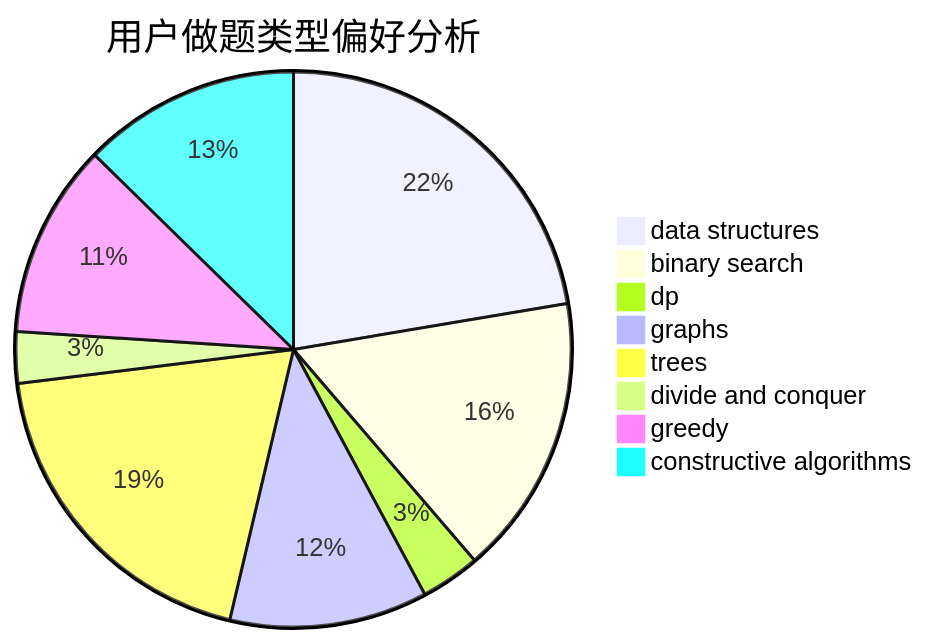
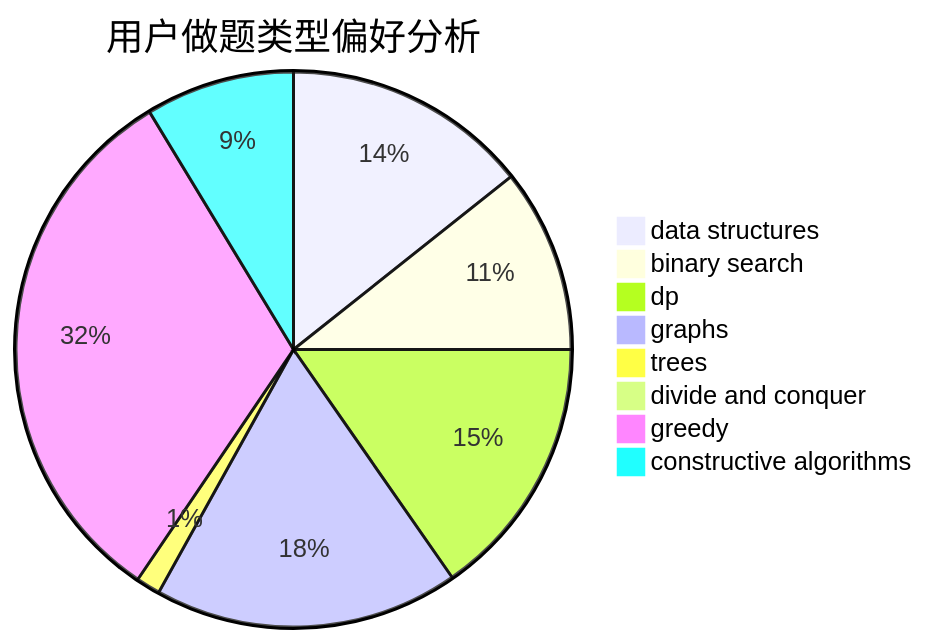
The second of 3 diagrams in docs/user/u444.md (sherpahu/cfrs.github.io), drawn with Mermaid before and after one commit. The commit also changed other lines of this file and 2770 other files, not shown here.

````diff
--- a/docs/user/u444.md
+++ b/docs/user/u444.md
@@ -23,11 +23,11 @@
 ```mermaid
 pie title 用户做题类型偏好分析
-    "data structures" :  97
-    "binary search" :  71
-    "dp" :  15
-    "graphs" :  50
-    "trees" :  84
-    "divide and conquer" :  13
-    "greedy" :  49
-    "constructive algorithms" :  55
+    "data structures" :  71
+    "binary search" :  53
+    "dp" :  76
+    "graphs" :  88
+    "trees" :  7
+    "divide and conquer" :  0
+    "greedy" :  158
+    "constructive algorithms" :  43
 ```
````
